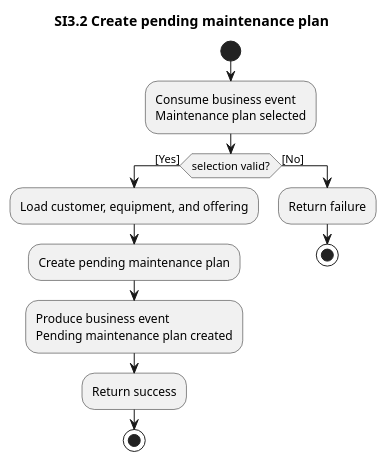
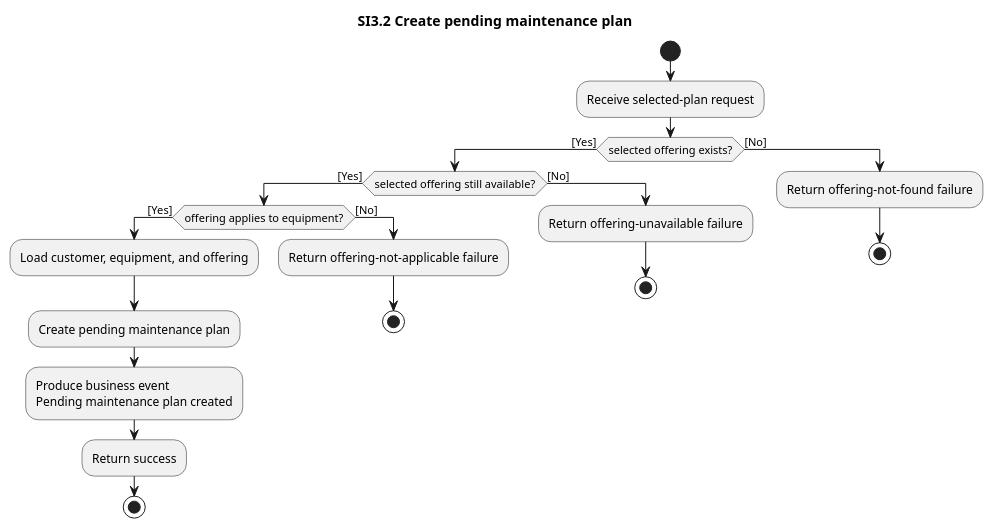
Before and after one commit to ottolote/fixme: the diagram in docs/business/system-interactions/diagrams/si3.2-create-pending-maintenance-plan.pu, drawn with PlantUML. The commit also changed 33 other files, not shown here.

Commit message:
add all conditionals etc to system interaction diagrams

```diff
--- a/docs/business/system-interactions/diagrams/si3.2-create-pending-maintenance-plan.pu
+++ b/docs/business/system-interactions/diagrams/si3.2-create-pending-maintenance-plan.pu
@@ -1,20 +1,29 @@
 @startuml si3.2-create-pending-maintenance-plan
 title SI3.2 Create pending maintenance plan
 
 start
-:Consume business event
-Maintenance plan selected;
+:Receive selected-plan request;
 
-if (selection valid?) then ([Yes])
-  :Load customer, equipment, and offering;
-  :Create pending maintenance plan;
-  :Produce business event
+if (selected offering exists?) then ([Yes])
+  if (selected offering still available?) then ([Yes])
+    if (offering applies to equipment?) then ([Yes])
+      :Load customer, equipment, and offering;
+      :Create pending maintenance plan;
+      :Produce business event
 Pending maintenance plan created;
-  :Return success;
-  stop
+      :Return success;
+      stop
+    else ([No])
+      :Return offering-not-applicable failure;
+      stop
+    endif
+  else ([No])
+    :Return offering-unavailable failure;
+    stop
+  endif
 else ([No])
-  :Return failure;
+  :Return offering-not-found failure;
   stop
 endif
 
 @enduml
```
